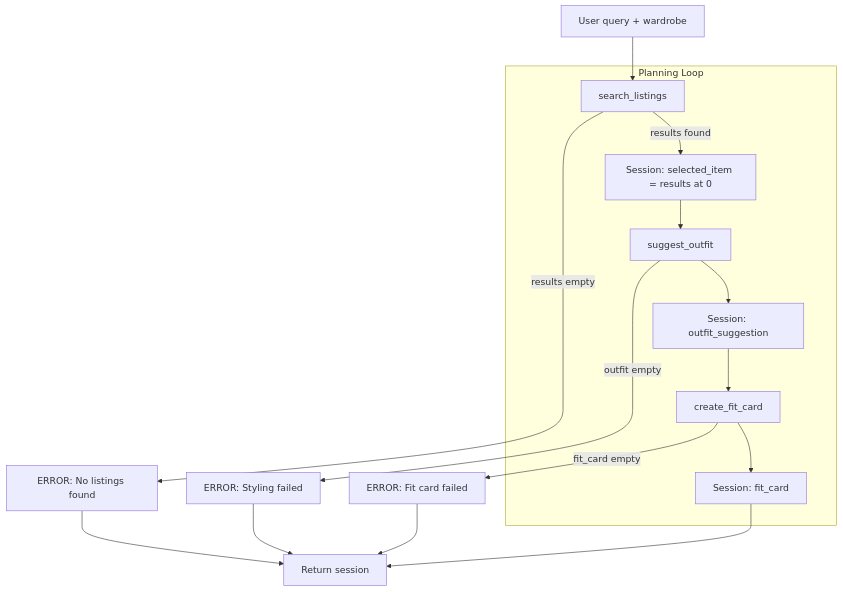
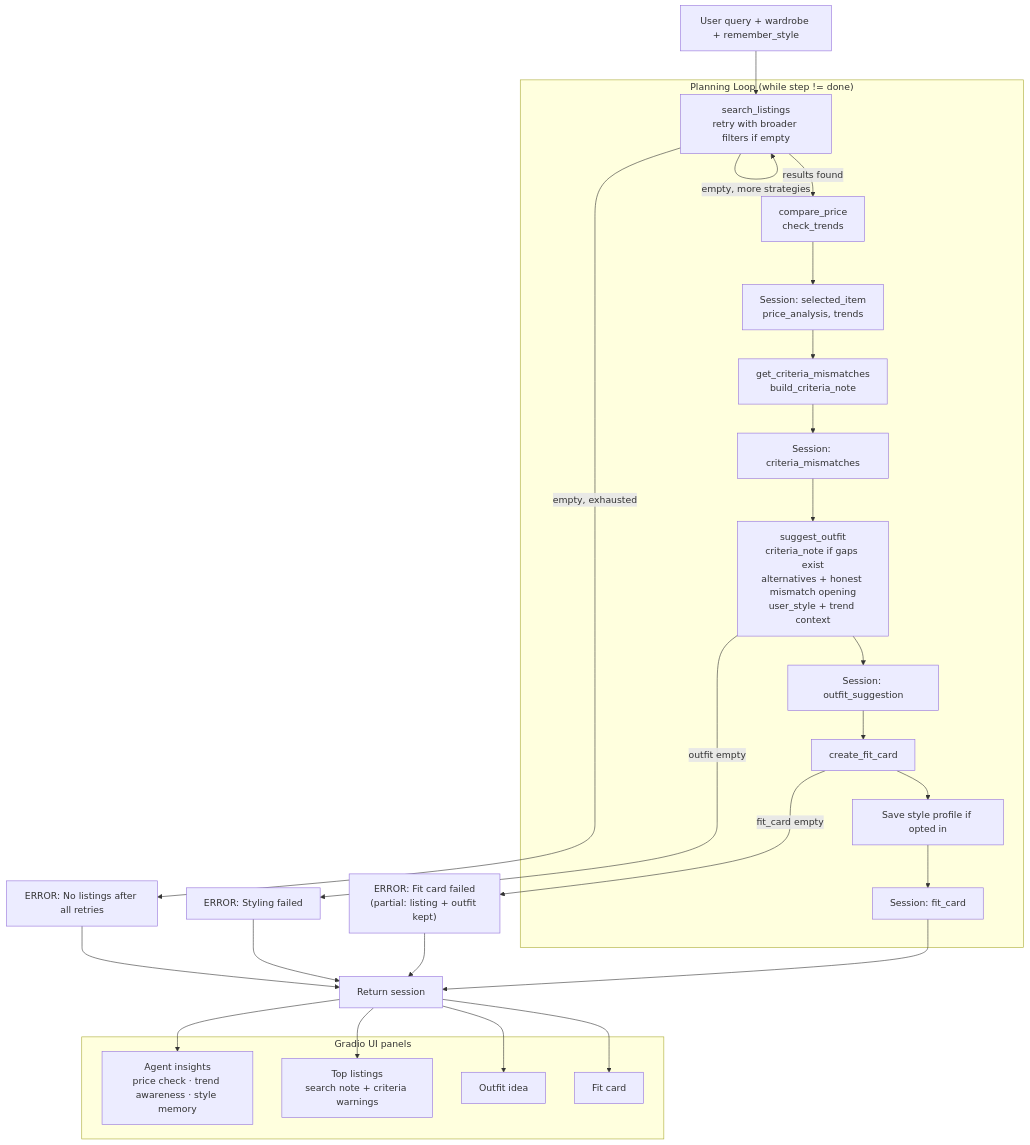
One commit to idkuri/ai201-project2-fitfindr-starter changed the diagram in planning.md. Above: the diagram before and after it, drawn with Mermaid. The commit also changed other lines of this file and 10 other files, not shown here.

````diff
--- a/planning.md
+++ b/planning.md
@@ -198,32 +283,52 @@
 ```mermaid
 flowchart TD
-    Input["User query + wardrobe"]
+    Input["User query + wardrobe + remember_style"]
 
-    subgraph loop ["Planning Loop"]
-        Search["search_listings"]
-        Session1["Session: selected_item = results at 0"]
-        Suggest["suggest_outfit"]
-        Session2["Session: outfit_suggestion"]
+    subgraph loop ["Planning Loop (while step != done)"]
+        Search["search_listings<br/>retry with broader filters if empty"]
+        PriceCheck["compare_price<br/>check_trends"]
+        SessionPick["Session: selected_item<br/>price_analysis, trends"]
+        CriteriaCheck["get_criteria_mismatches<br/>build_criteria_note"]
+        SessionCriteria["Session: criteria_mismatches"]
+        Suggest["suggest_outfit<br/>criteria_note if gaps exist<br/>alternatives + honest mismatch opening<br/>user_style + trend context"]
+        SessionOutfit["Session: outfit_suggestion"]
         FitCard["create_fit_card"]
-        Session3["Session: fit_card"]
+        SaveProfile["Save style profile if opted in"]
+        SessionCard["Session: fit_card"]
+    end
+
+    subgraph ui ["Gradio UI panels"]
+        UIInsights["Agent insights<br/>price check · trend awareness · style memory"]
+        UIListings["Top listings<br/>search note + criteria warnings"]
+        UIOutfit["Outfit idea"]
+        UIFitCard["Fit card"]
     end
 
     Return["Return session"]
-    ErrSearch["ERROR: No listings found"]
+    ErrSearch["ERROR: No listings after all retries"]
     ErrOutfit["ERROR: Styling failed"]
-    ErrCard["ERROR: Fit card failed"]
+    ErrCard["ERROR: Fit card failed<br/>(partial: listing + outfit kept)"]
 
     Input --> Search
-    Search -->|results empty| ErrSearch
+    Search -->|empty, more strategies| Search
+    Search -->|empty, exhausted| ErrSearch
     ErrSearch --> Return
-    Search -->|results found| Session1
-    Session1 --> Suggest
+    Search -->|results found| PriceCheck
+    PriceCheck --> SessionPick
+    SessionPick --> CriteriaCheck
+    CriteriaCheck --> SessionCriteria
+    SessionCriteria --> Suggest
     Suggest -->|outfit empty| ErrOutfit
     ErrOutfit --> Return
-    Suggest --> Session2
-    Session2 --> FitCard
+    Suggest --> SessionOutfit
+    SessionOutfit --> FitCard
     FitCard -->|fit_card empty| ErrCard
     ErrCard --> Return
-    FitCard --> Session3
-    Session3 --> Return
+    FitCard --> SaveProfile
+    SaveProfile --> SessionCard
+    SessionCard --> Return
+    Return --> UIInsights
+    Return --> UIListings
+    Return --> UIOutfit
+    Return --> UIFitCard
 ```
````
